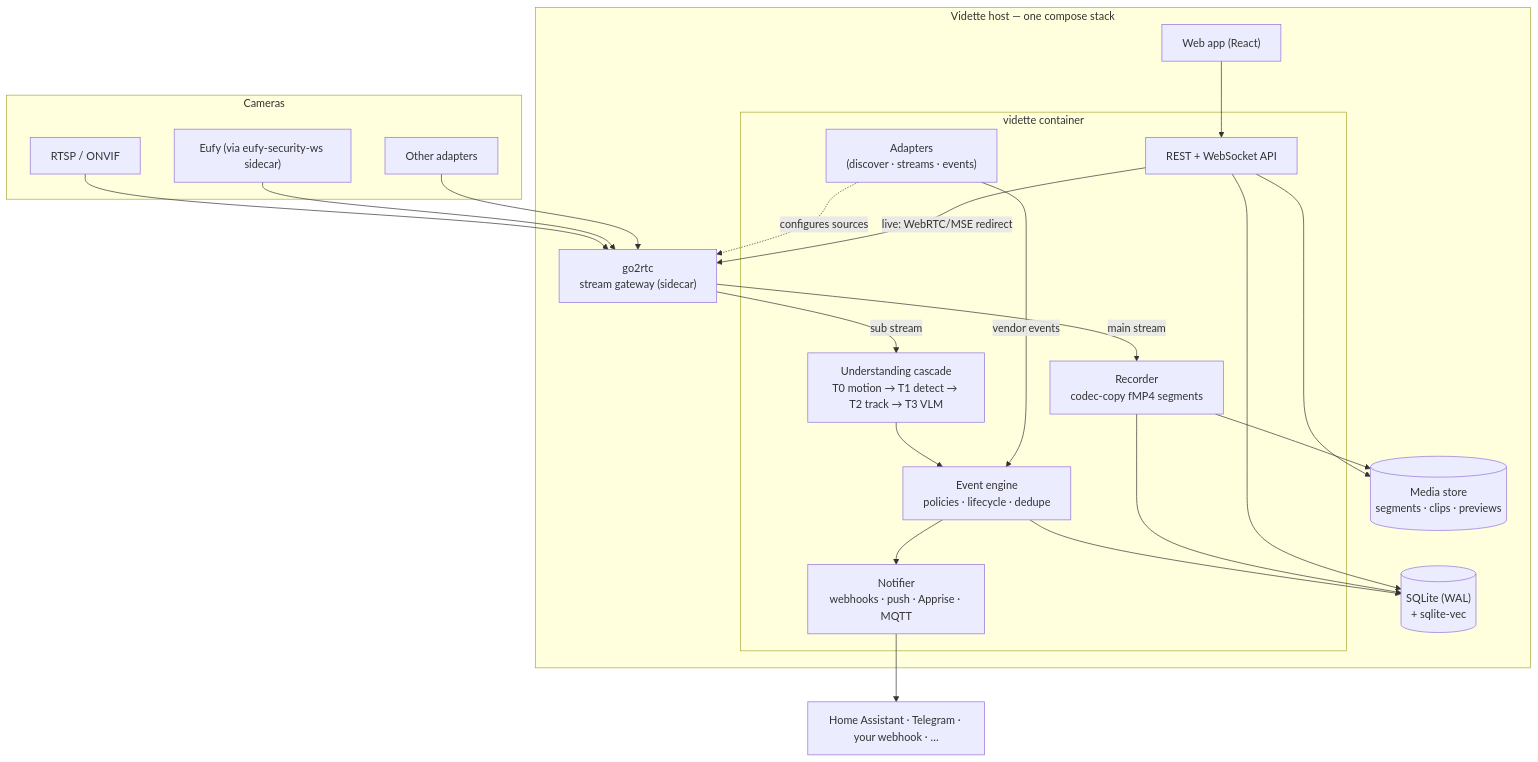
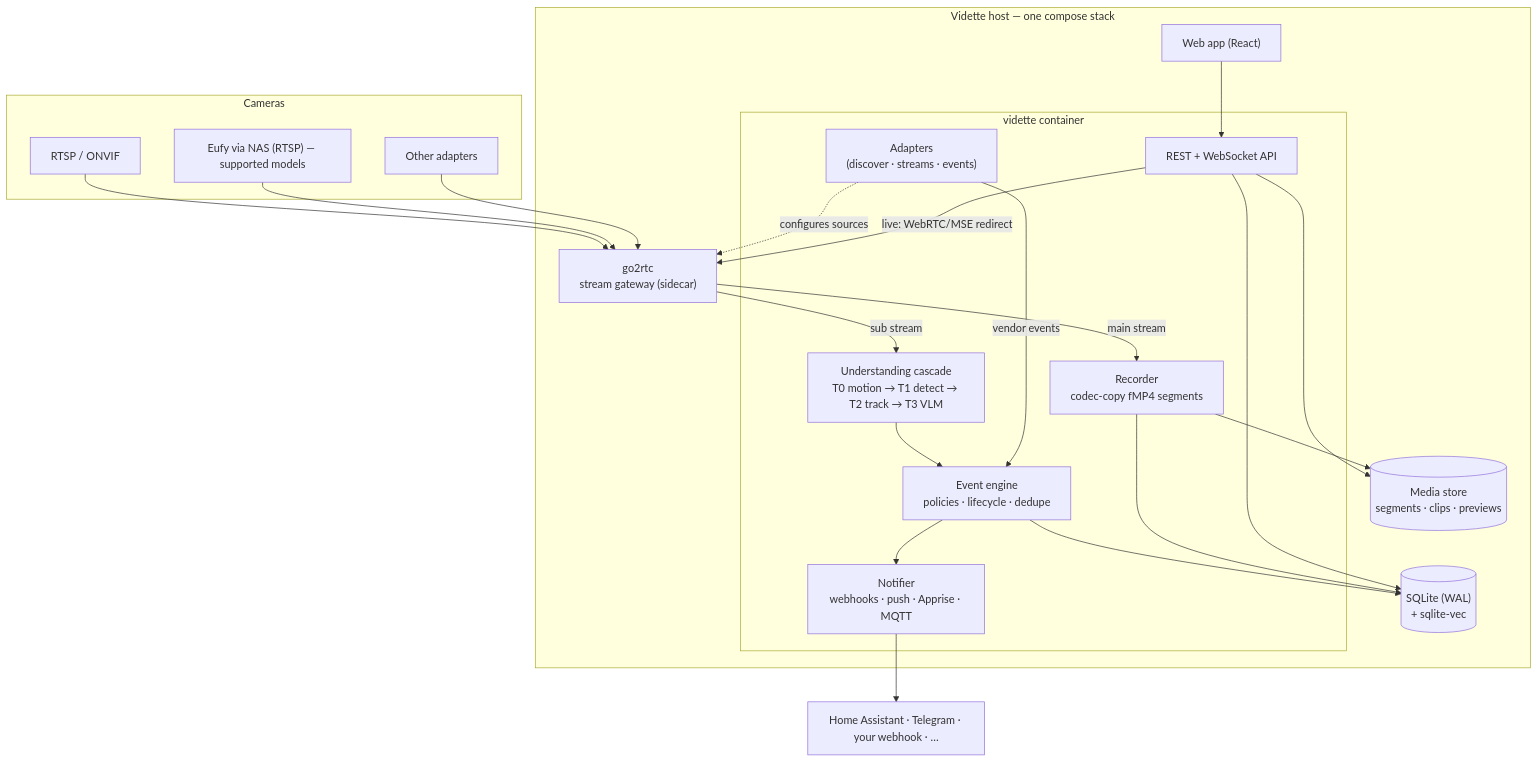
One commit to baadev/vidette changed the diagram in docs/architecture/overview.md. Above: the diagram before and after it, drawn with Mermaid. The commit also changed other lines of this file and 23 other files, not shown here.

First line of the commit message:
fix(eufy): NAS (RTSP) is the only integration path — remove the defunct bridge plan

````diff
--- a/docs/architecture/overview.md
+++ b/docs/architecture/overview.md
@@ -8,39 +8,39 @@
 ```mermaid
 flowchart TB
     subgraph cams [Cameras]
       C1["RTSP / ONVIF"]
-      C2["Eufy (via eufy-security-ws sidecar)"]
+      C2["Eufy via NAS (RTSP) — supported models"]
       C3["Other adapters"]
     end
 
     subgraph host [Vidette host — one compose stack]
       GW["go2rtc\nstream gateway (sidecar)"]
       subgraph app [vidette container]
         AD["Adapters\n(discover · streams · events)"]
         REC["Recorder\ncodec-copy fMP4 segments"]
         PIPE["Understanding cascade\nT0 motion → T1 detect → T2 track → T3 VLM"]
         EVT["Event engine\npolicies · lifecycle · dedupe"]
         API["REST + WebSocket API"]
         NOT["Notifier\nwebhooks · push · Apprise · MQTT"]
       end
       DB[("SQLite (WAL)\n+ sqlite-vec")]
       FS[("Media store\nsegments · clips · previews")]
       UI["Web app (React)"]
     end
 
     C1 --> GW
     C2 --> GW
     C3 --> GW
     AD -. "configures sources" .-> GW
     GW -->|main stream| REC --> FS
     GW -->|sub stream| PIPE --> EVT
     AD -->|vendor events| EVT
     EVT --> NOT
     EVT --> DB
     REC --> DB
     API --> DB
     API --> FS
     API -->|live: WebRTC/MSE redirect| GW
     UI --> API
     NOT --> EXT["Home Assistant · Telegram · your webhook · …"]
 ```
````
